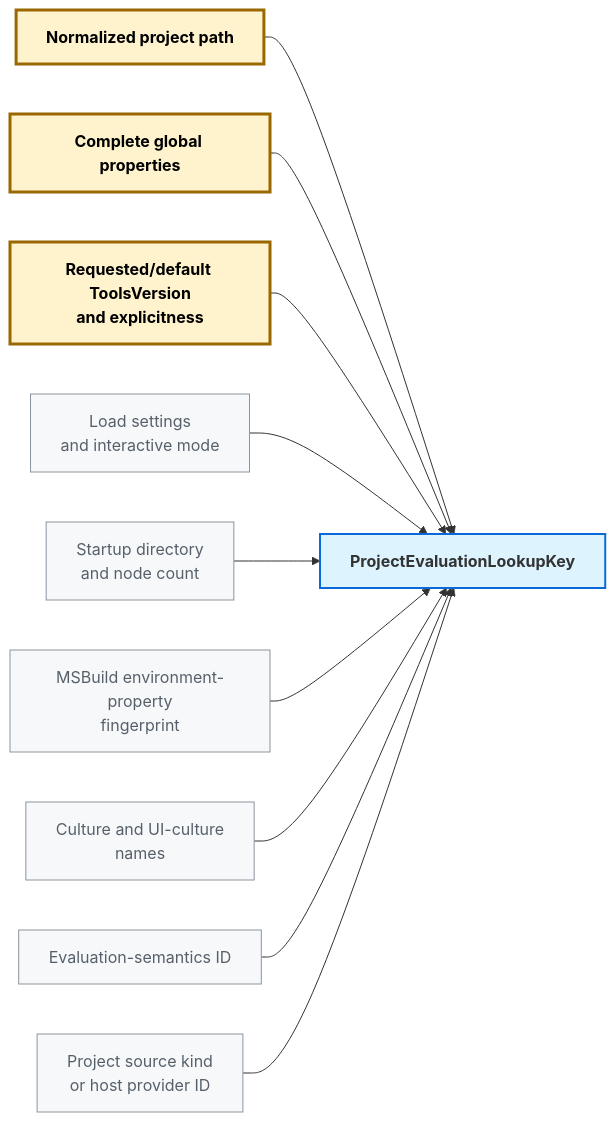
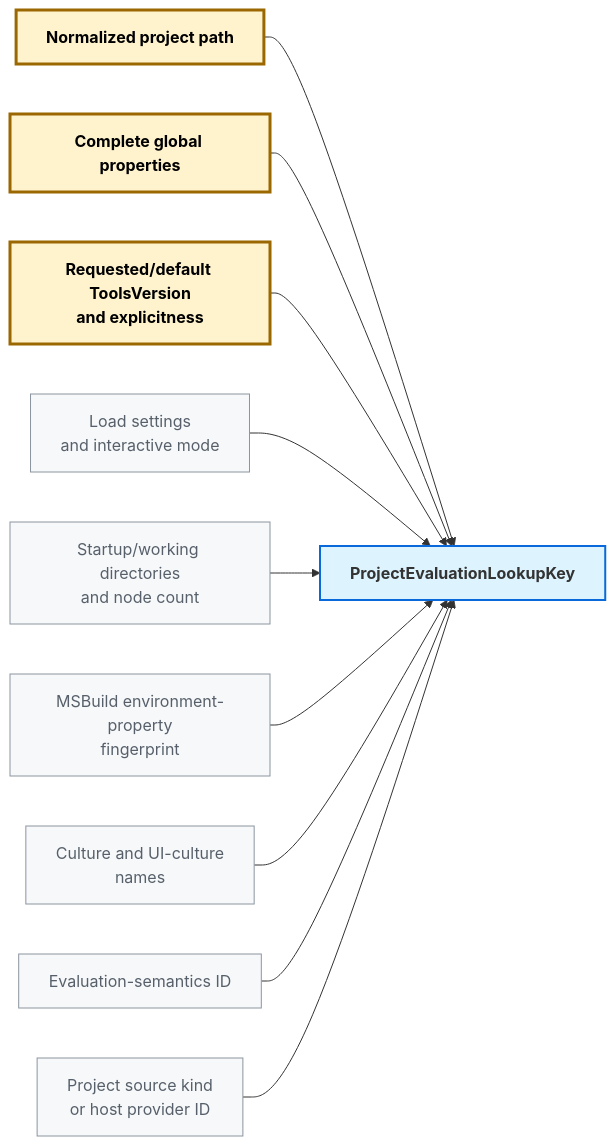
The first of 2 diagrams in evaluation_cahce_inputs.md (OvesN/docs), drawn with Mermaid before and after one commit. The commit also changed other lines of this file, not shown here.

````diff
--- a/evaluation_cahce_inputs.md
+++ b/evaluation_cahce_inputs.md
@@ -46,32 +60,32 @@
 ```mermaid
 flowchart LR
     Project["<b>Normalized project path</b>"]
     Globals["<b>Complete global properties</b>"]
     Tools["<b>Requested/default ToolsVersion<br/>and explicitness</b>"]
     Settings["Load settings<br/>and interactive mode"]
-    BuiltIns["Startup directory<br/>and node count"]
+    BuiltIns["Startup/working directories<br/>and node count"]
     Environment["MSBuild environment-property<br/>fingerprint"]
     Culture["Culture and UI-culture<br/>names"]
     Semantics["Evaluation-semantics ID"]
     Provider["Project source kind<br/>or host provider ID"]
 
     Key["ProjectEvaluationLookupKey"]
 
     Project --> Key
     Globals --> Key
     Tools --> Key
     Settings --> Key
     BuiltIns --> Key
     Environment --> Key
     Culture --> Key
     Semantics --> Key
     Provider --> Key
 
     classDef core fill:#fff3cd,stroke:#9a6700,stroke-width:3px,color:#000000,font-weight:bold
     classDef advanced fill:#f6f8fa,stroke:#8c959f,color:#57606a
     classDef key fill:#ddf4ff,stroke:#0969da,stroke-width:2px,font-weight:bold
 
     class Project,Globals,Tools core
     class Settings,BuiltIns,Environment,Culture,Semantics,Provider advanced
     class Key key
 ```
````
